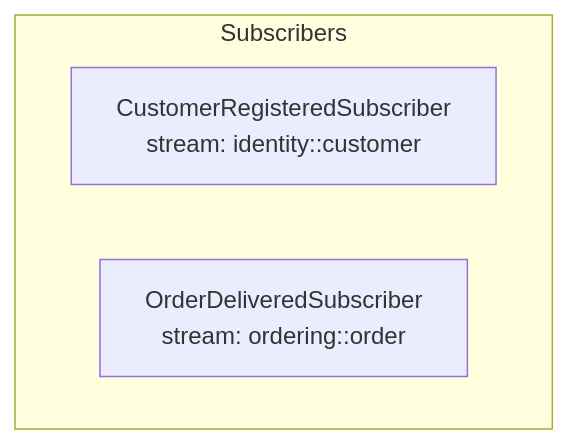
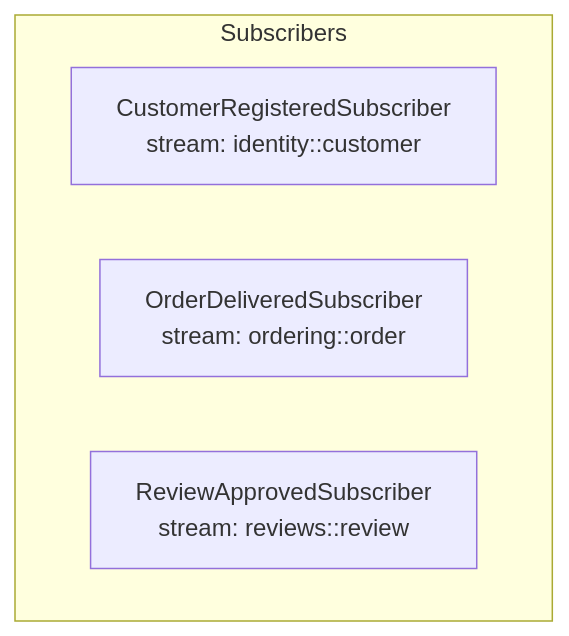
Before and after one commit to proteanhq/shopstream: the third of 6 diagrams in docs/loyalty/handler-wiring.md, drawn with Mermaid. The commit also changed other lines of this file and 31 other files, not shown here.

First line of the commit message:
loyalty: event producer + Reviews integration + HTTP load tests (Phase 3) (#15)

````diff
--- a/docs/loyalty/handler-wiring.md
+++ b/docs/loyalty/handler-wiring.md
@@ -32,7 +32,8 @@
 ```mermaid
 flowchart TD
     subgraph subscribers["Subscribers"]
         sub_loyalty_reward_identity_subscriber_CustomerRegisteredSubscriber[CustomerRegisteredSubscriber\nstream: identity::customer]
         sub_loyalty_reward_ordering_subscriber_OrderDeliveredSubscriber[OrderDeliveredSubscriber\nstream: ordering::order]
+        sub_loyalty_reward_reviews_subscriber_ReviewApprovedSubscriber[ReviewApprovedSubscriber\nstream: reviews::review]
     end
 ```
````
